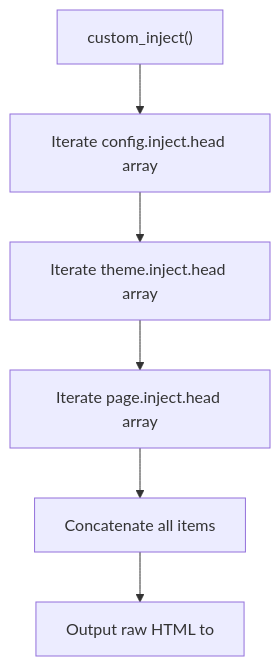
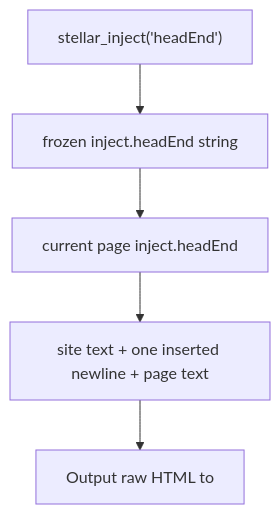
One commit to xaoxuu/hexo-theme-stellar changed the seventh of 8 diagrams in docs/knowledge/02-布局系统/head-seo.md. Above: the diagram before and after it, drawn with Mermaid. The commit also changed other lines of this file and 861 other files, not shown here.

````diff
--- a/docs/knowledge/02-布局系统/head-seo.md
+++ b/docs/knowledge/02-布局系统/head-seo.md
@@ -400,9 +398,7 @@
 ```mermaid
 graph TD
-    START["custom_inject()"] --> CONFIGINJECT["Iterate config.inject.head array"]
-    CONFIGINJECT --> THEMEINJECT["Iterate theme.inject.head array"]
-    THEMEINJECT --> PAGEINJECT["Iterate page.inject.head array"]
-    
-    PAGEINJECT --> CONCAT["Concatenate all items"]
+    START["stellar_inject('headEnd')"] --> SITEINJECT["frozen inject.headEnd string"]
+    SITEINJECT --> PAGEINJECT["current page inject.headEnd"]
+    PAGEINJECT --> CONCAT["site text + one inserted newline + page text"]
     CONCAT --> OUTPUT["Output raw HTML to <head>"]
 ```
````
